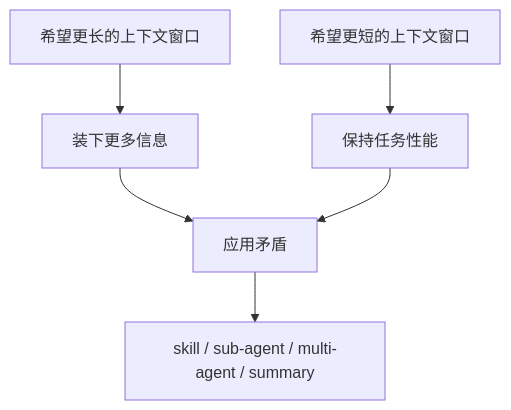
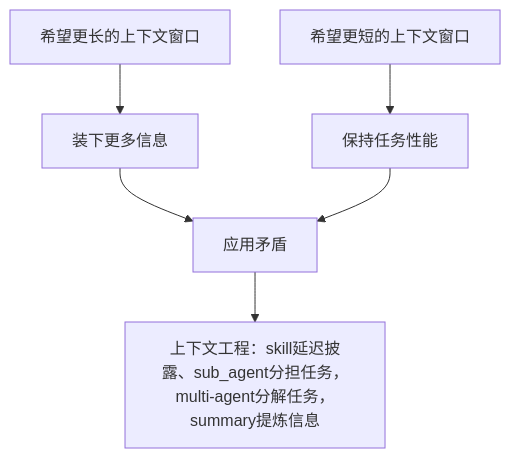
Before and after one commit to MagicFrogSJTU/work: diagram 14 of 15 in technical_report/20260408-huawei_autonomous_driving_share/schema.md, drawn with Mermaid. The commit also changed other lines of this file and 106 other files, not shown here.

````diff
--- a/technical_report/20260408-huawei_autonomous_driving_share/schema.md
+++ b/technical_report/20260408-huawei_autonomous_driving_share/schema.md
@@ -315,8 +313,8 @@
 ```mermaid
 flowchart TB
     A[希望更长的上下文窗口] --> C[装下更多信息]
     B[希望更短的上下文窗口] --> D[保持任务性能]
     C --> E[应用矛盾]
     D --> E
-    E --> F[skill / sub-agent / multi-agent / summary]
+    E --> F[上下文工程：skill延迟披露、sub_agent分担任务，multi-agent分解任务，summary提炼信息]
 ```
````
